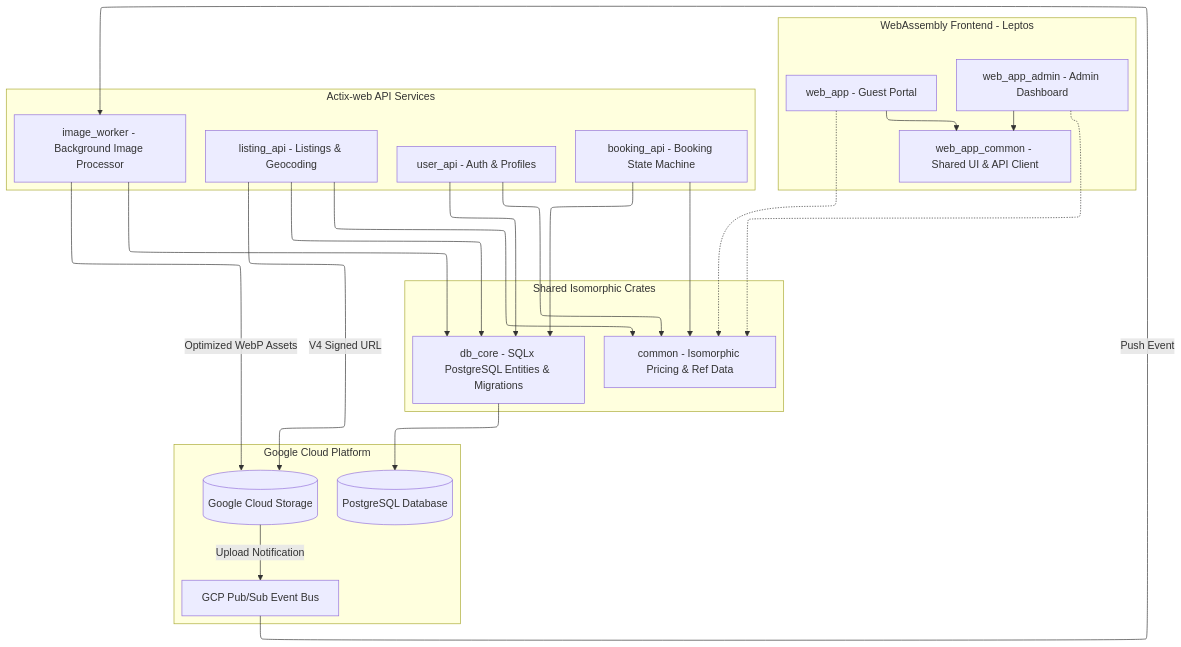
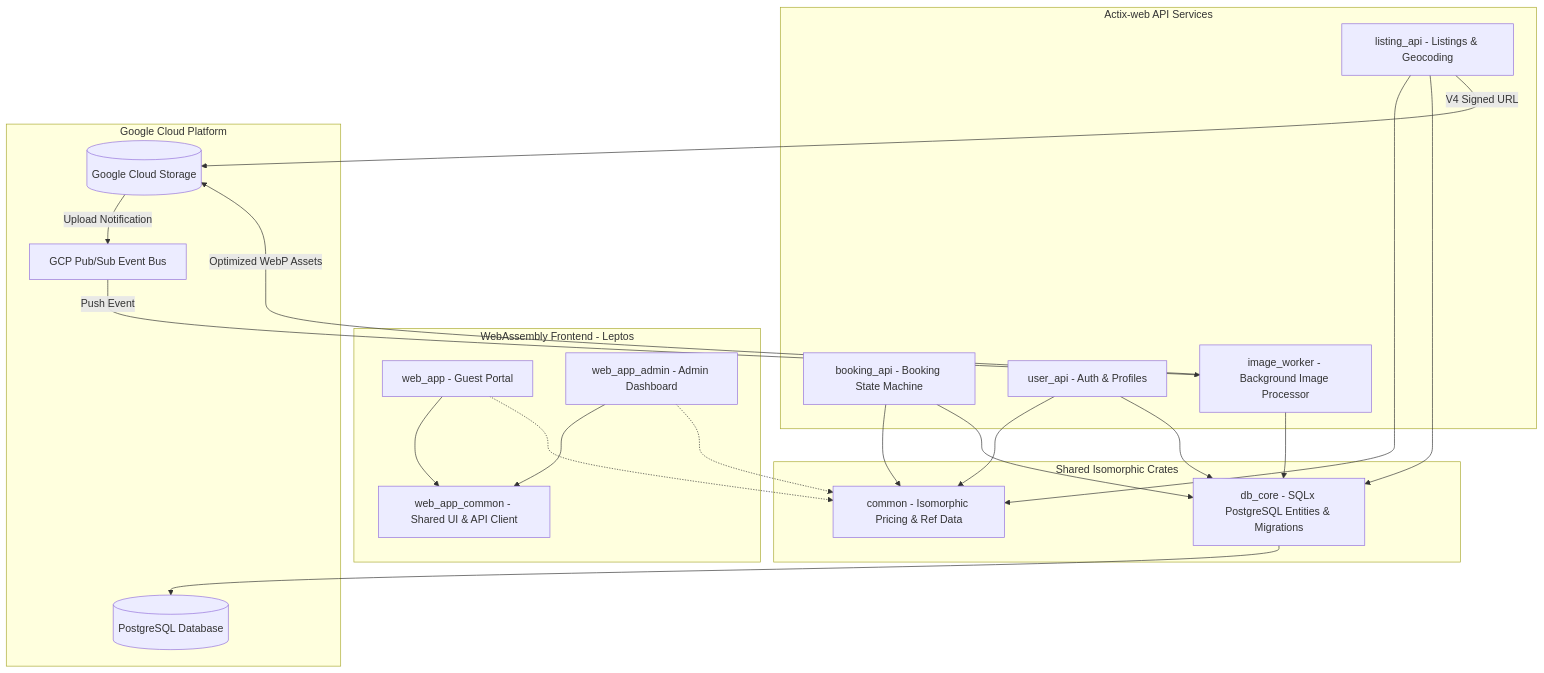
The first of 4 diagrams in docs/ARCHITECTURE.md (pavelbyles/our_places_rs), drawn with Mermaid before and after one commit. The commit also changed other lines of this file and 29 other files, not shown here.

````diff
--- a/docs/ARCHITECTURE.md
+++ b/docs/ARCHITECTURE.md
@@ -19,40 +19,39 @@
 ```mermaid
----
-config:
-  layout: elk
----
 flowchart TB
- subgraph s1["WebAssembly Frontend - Leptos"]
+    subgraph s1["WebAssembly Frontend - Leptos"]
         WA["web_app - Guest Portal"]
         WAA["web_app_admin - Admin Dashboard"]
         WAC["web_app_common - Shared UI & API Client"]
-  end
- subgraph s2["Shared Isomorphic Crates"]
+    end
+    subgraph s2["Shared Isomorphic Crates"]
         COM["common - Isomorphic Pricing & Ref Data"]
         DBC["db_core - SQLx PostgreSQL Entities & Migrations"]
-  end
- subgraph s3["Actix-web API Services"]
+    end
+    subgraph s3["Actix-web API Services"]
         LA["listing_api - Listings & Geocoding"]
         BA["booking_api - Booking State Machine"]
         UA["user_api - Auth & Profiles"]
         IW["image_worker - Background Image Processor"]
-  end
- subgraph s4["Google Cloud Platform"]
+    end
+    subgraph s4["Google Cloud Platform"]
         PG[("PostgreSQL Database")]
         GCS[("Google Cloud Storage")]
         PS["GCP Pub/Sub Event Bus"]
-  end
+    end
     WA --> WAC
     WAA --> WAC
     WA -.-> COM
     WAA -.-> COM
-    LA --> COM & DBC
-    BA --> COM & DBC
-    UA --> COM & DBC
+    LA --> COM
+    LA --> DBC
+    BA --> COM
+    BA --> DBC
+    UA --> COM
+    UA --> DBC
     IW --> DBC
     DBC --> PG
     LA -- V4 Signed URL --> GCS
     GCS -- Upload Notification --> PS
     PS -- Push Event --> IW
     IW -- Optimized WebP Assets --> GCS
 ```
````
